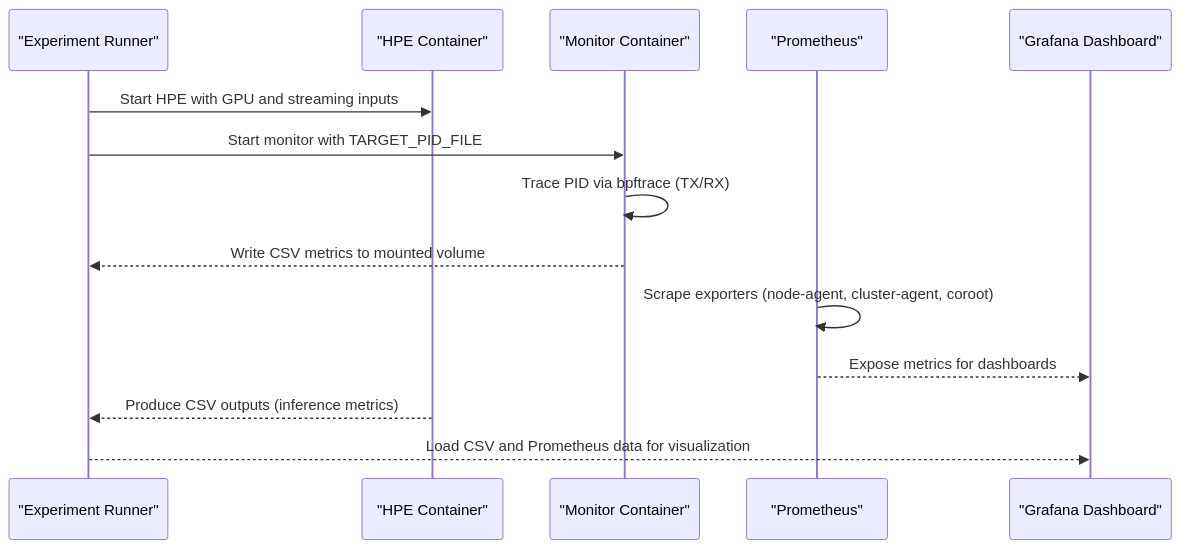
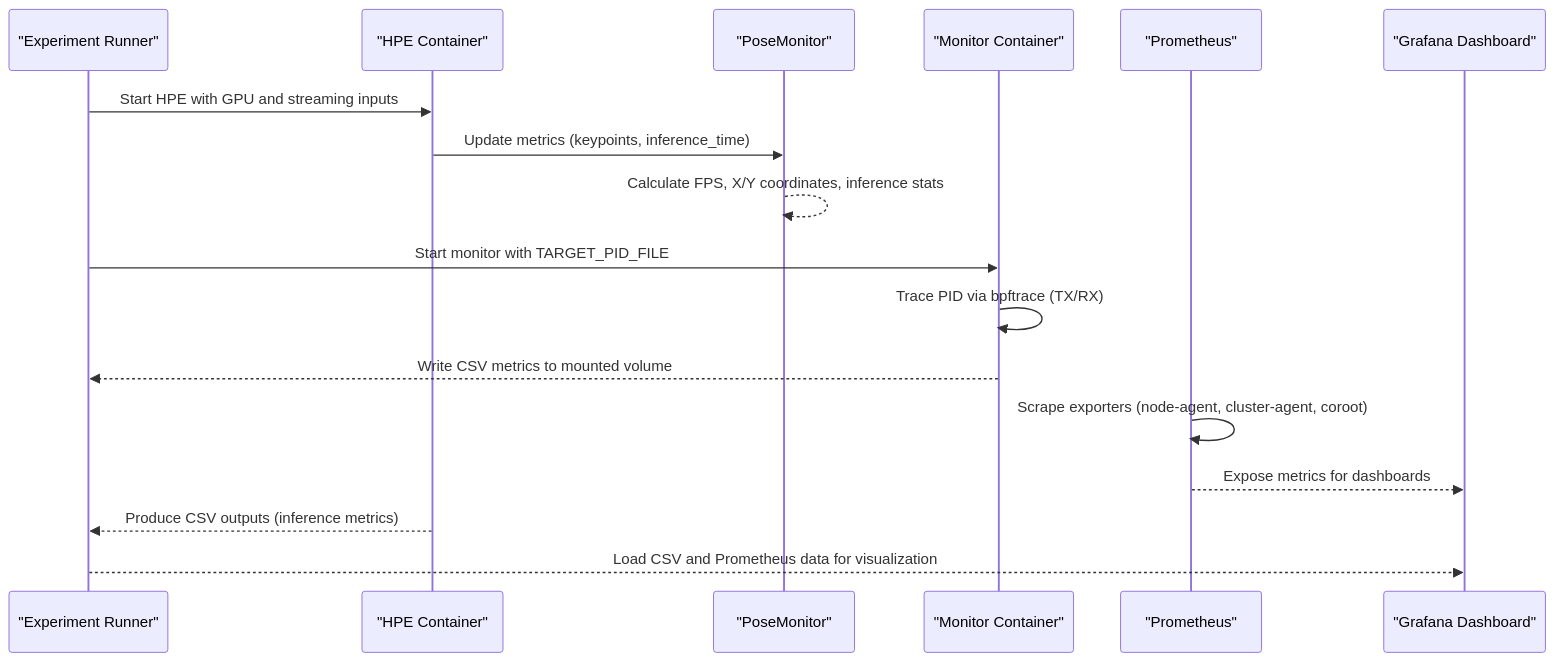
One commit to Fogus-Gr/MeasurementsDTs changed the second of 9 diagrams in .qoder/repowiki/en/content/Monitoring and Analytics/Monitoring and Analytics.md. Above: the diagram before and after it, drawn with Mermaid. The commit also changed other lines of this file and 8 other files, not shown here.

````diff
--- a/.qoder/repowiki/en/content/Monitoring and Analytics/Monitoring and Analytics.md
+++ b/.qoder/repowiki/en/content/Monitoring and Analytics/Monitoring and Analytics.md
@@ -112,16 +143,19 @@
 ```mermaid
 sequenceDiagram
 participant Exp as "Experiment Runner"
 participant HPE as "HPE Container"
+participant PM as "PoseMonitor"
 participant Mon as "Monitor Container"
 participant Prom as "Prometheus"
 participant Dash as "Grafana Dashboard"
 Exp->>HPE : Start HPE with GPU and streaming inputs
+HPE->>PM : Update metrics (keypoints, inference_time)
+PM-->>PM : Calculate FPS, X/Y coordinates, inference stats
 Exp->>Mon : Start monitor with TARGET_PID_FILE
 Mon->>Mon : Trace PID via bpftrace (TX/RX)
 Mon-->>Exp : Write CSV metrics to mounted volume
 Prom->>Prom : Scrape exporters (node-agent, cluster-agent, coroot)
 Prom-->>Dash : Expose metrics for dashboards
 HPE-->>Exp : Produce CSV outputs (inference metrics)
 Exp-->>Dash : Load CSV and Prometheus data for visualization
 ```
````
